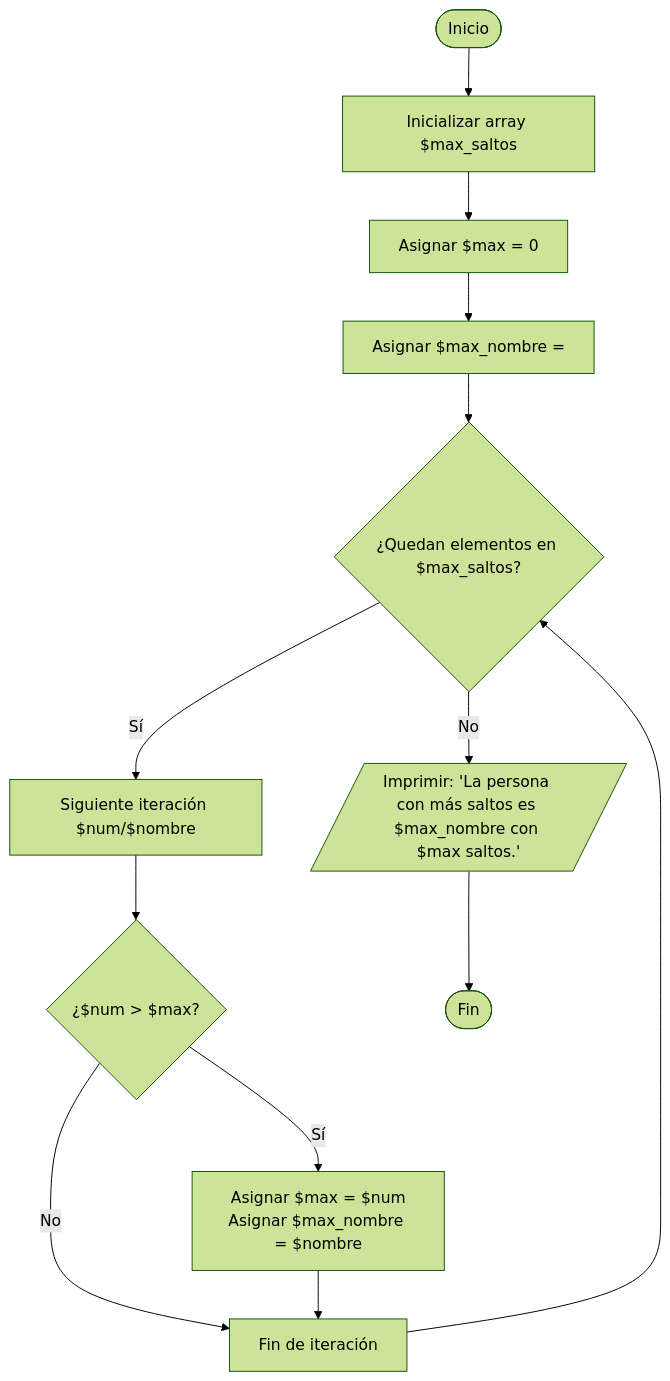
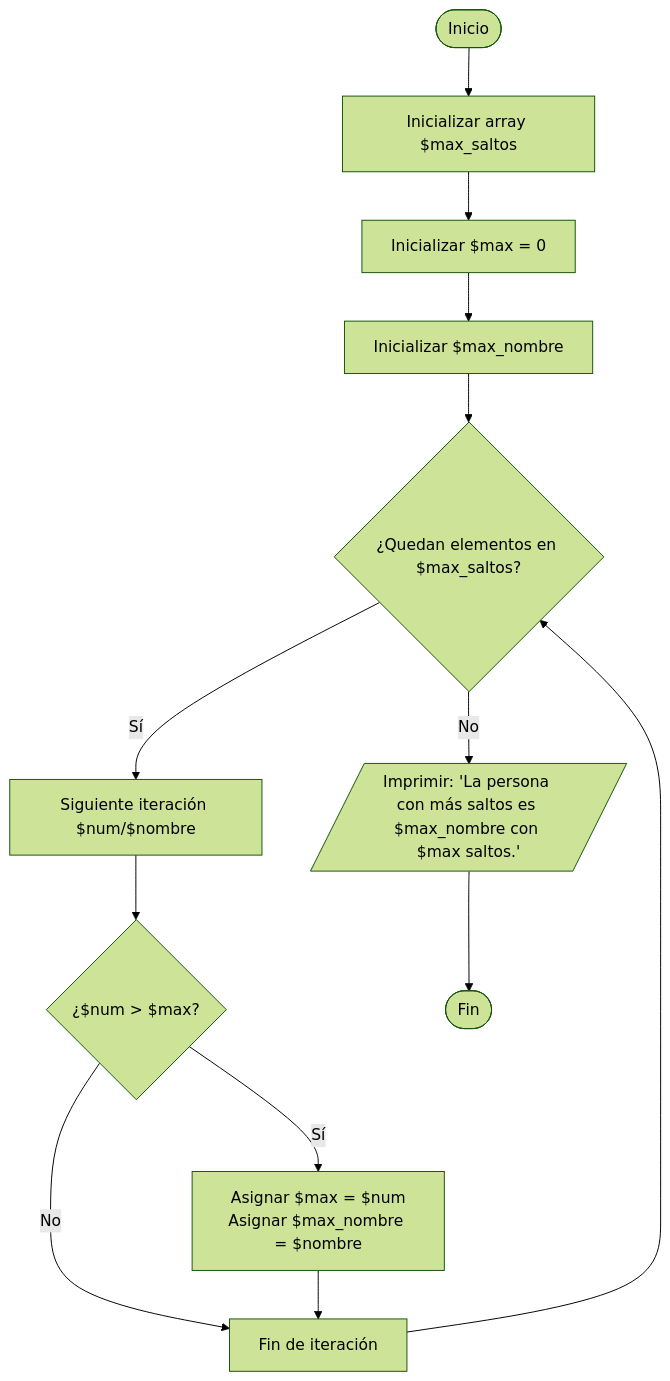
One commit to glopezca/ASIR1-PRD changed the diagram in pruebas/1ev_examen_RA1_RA2.md. Above: the diagram before and after it, drawn with Mermaid (forest theme).

Commit message:
Revisado

````diff
--- a/pruebas/1ev_examen_RA1_RA2.md
+++ b/pruebas/1ev_examen_RA1_RA2.md
@@ -230,15 +230,15 @@
 ```mermaid
 flowchart TB
     A(["Inicio"]) --> B["Inicializar array $max_saltos"]
-    B --> C["Asignar $max = 0"]
-    C --> D["Asignar $max_nombre ="]
+    B --> C["Inicializar $max = 0"]
+    C --> D["Inicializar $max_nombre"]
     D --> E{"¿Quedan elementos en $max_saltos?"}
     E -- Sí --> F["Siguiente iteración $num/$nombre"]
     F --> G{"¿$num > $max?"}
     G -- Sí --> H["Asignar $max = $num<br>Asignar $max_nombre = $nombre"]
     G -- No --> I["Fin de iteración"]
     H --> I
     I --> E
     E -- No --> J[/"Imprimir: 'La persona con más saltos es $max_nombre con $max saltos.'"/]
     J --> K(["Fin"])
 ```
````
